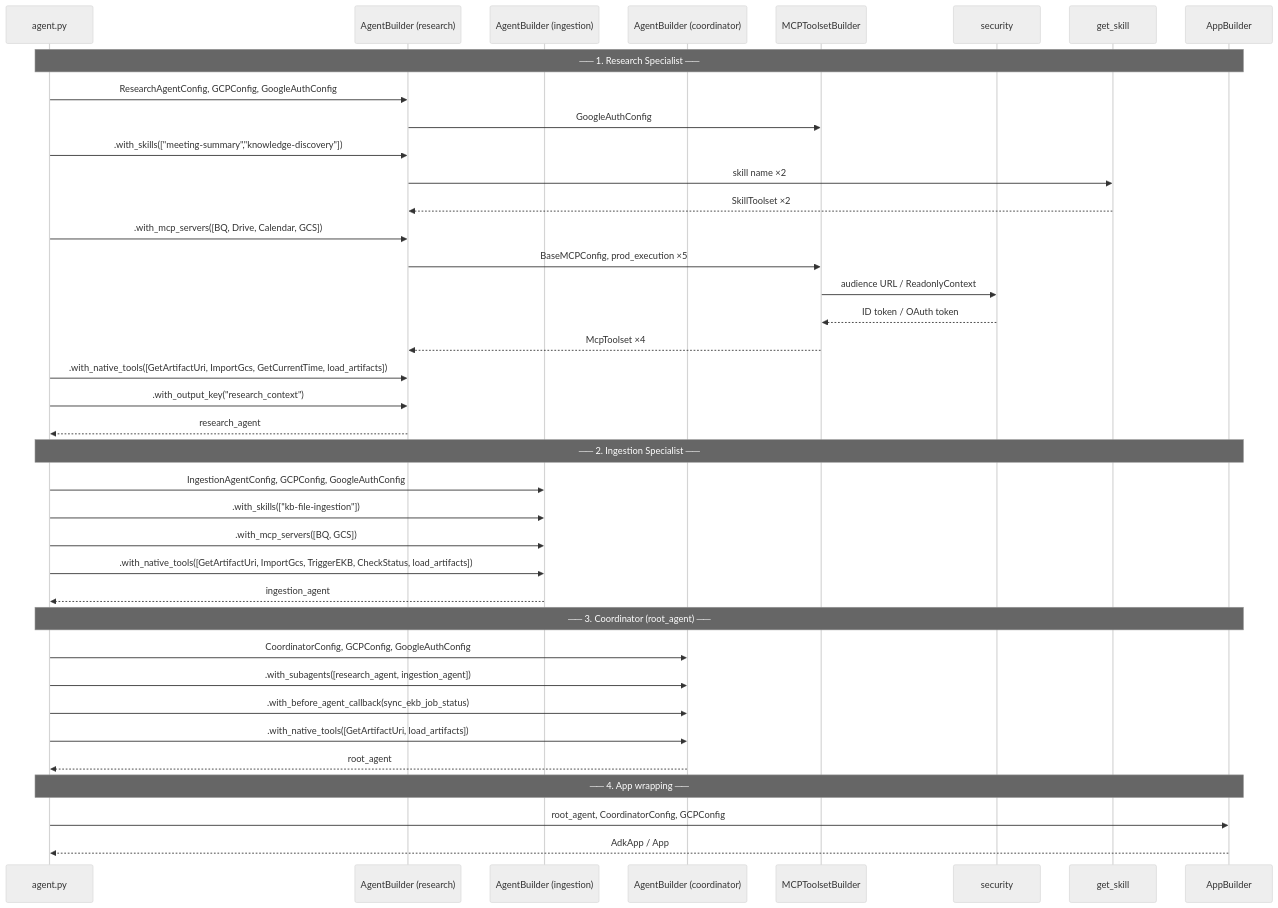
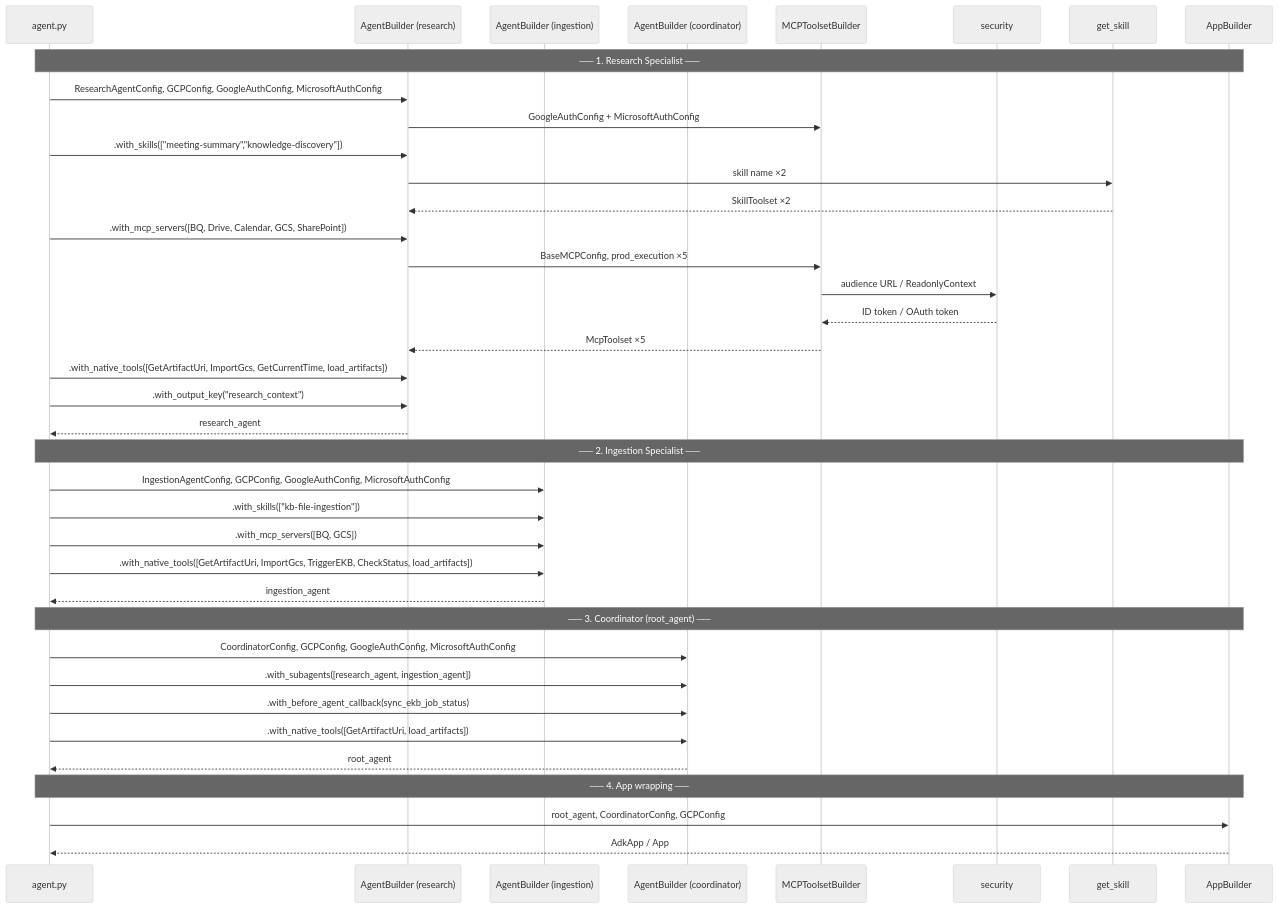
One commit to eamadorm-endava/Research-Agent changed the diagram in agent/core_agent/README.md. Above: the diagram before and after it, drawn with Mermaid (neutral theme). The commit also changed other lines of this file and 10 other files, not shown here.

Commit message:
Corrected agent to mcp authentication flow

````diff
--- a/agent/core_agent/README.md
+++ b/agent/core_agent/README.md
@@ -78,44 +78,44 @@
 ```mermaid
 sequenceDiagram
     participant ap as agent.py
     participant rb as AgentBuilder (research)
     participant ib as AgentBuilder (ingestion)
     participant cb as AgentBuilder (coordinator)
     participant mcp as MCPToolsetBuilder
     participant sec as security
     participant sf as get_skill
     participant ab as AppBuilder
 
     Note over ap,ab: ── 1. Research Specialist ──
-    ap->>rb: ResearchAgentConfig, GCPConfig, GoogleAuthConfig
-    rb->>mcp: GoogleAuthConfig
+    ap->>rb: ResearchAgentConfig, GCPConfig, GoogleAuthConfig, MicrosoftAuthConfig
+    rb->>mcp: GoogleAuthConfig + MicrosoftAuthConfig
     ap->>rb: .with_skills(["meeting-summary","knowledge-discovery"])
     rb->>sf: skill name ×2
     sf-->>rb: SkillToolset ×2
-    ap->>rb: .with_mcp_servers([BQ, Drive, Calendar, GCS])
+    ap->>rb: .with_mcp_servers([BQ, Drive, Calendar, GCS, SharePoint])
     rb->>mcp: BaseMCPConfig, prod_execution ×5
     mcp->>sec: audience URL / ReadonlyContext
     sec-->>mcp: ID token / OAuth token
-    mcp-->>rb: McpToolset ×4
+    mcp-->>rb: McpToolset ×5
     ap->>rb: .with_native_tools([GetArtifactUri, ImportGcs, GetCurrentTime, load_artifacts])
     ap->>rb: .with_output_key("research_context")
     rb-->>ap: research_agent
 
     Note over ap,ab: ── 2. Ingestion Specialist ──
-    ap->>ib: IngestionAgentConfig, GCPConfig, GoogleAuthConfig
+    ap->>ib: IngestionAgentConfig, GCPConfig, GoogleAuthConfig, MicrosoftAuthConfig
     ap->>ib: .with_skills(["kb-file-ingestion"])
     ap->>ib: .with_mcp_servers([BQ, GCS])
     ap->>ib: .with_native_tools([GetArtifactUri, ImportGcs, TriggerEKB, CheckStatus, load_artifacts])
     ib-->>ap: ingestion_agent
 
     Note over ap,ab: ── 3. Coordinator (root_agent) ──
-    ap->>cb: CoordinatorConfig, GCPConfig, GoogleAuthConfig
+    ap->>cb: CoordinatorConfig, GCPConfig, GoogleAuthConfig, MicrosoftAuthConfig
     ap->>cb: .with_subagents([research_agent, ingestion_agent])
     ap->>cb: .with_before_agent_callback(sync_ekb_job_status)
     ap->>cb: .with_native_tools([GetArtifactUri, load_artifacts])
     cb-->>ap: root_agent
 
     Note over ap,ab: ── 4. App wrapping ──
     ap->>ab: root_agent, CoordinatorConfig, GCPConfig
     ab-->>ap: AdkApp / App
 ```
````
